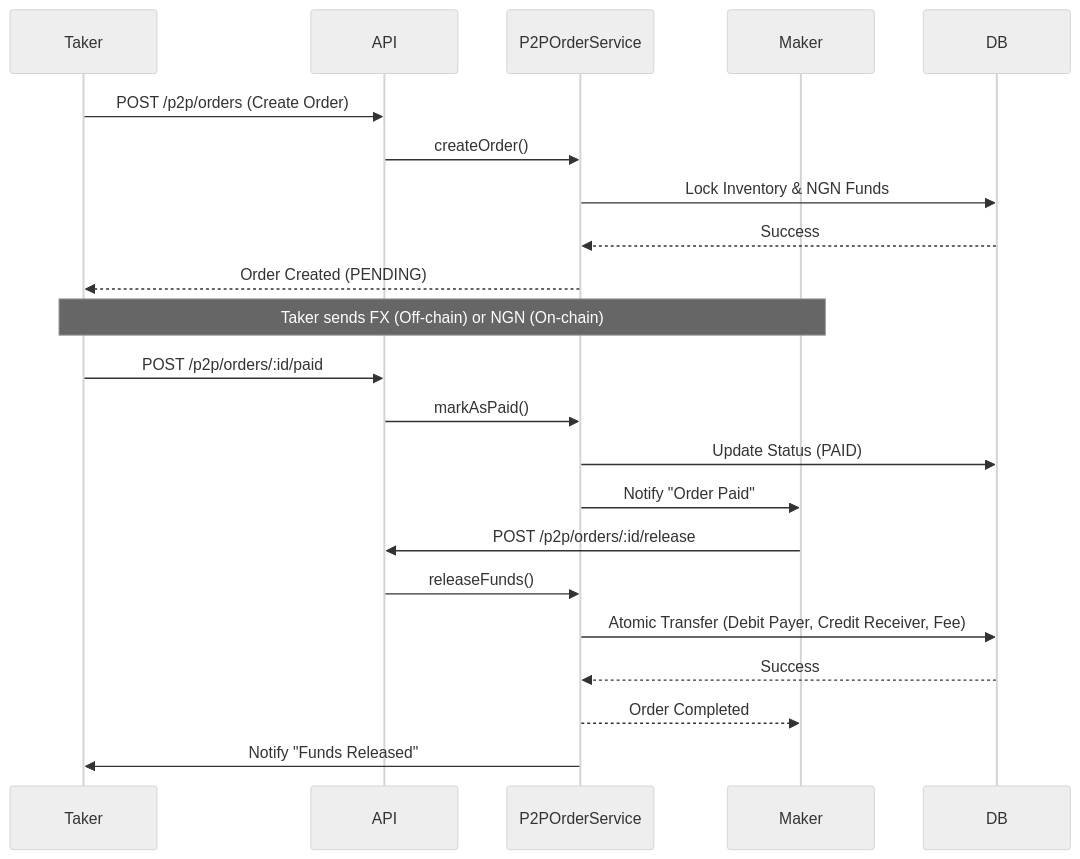
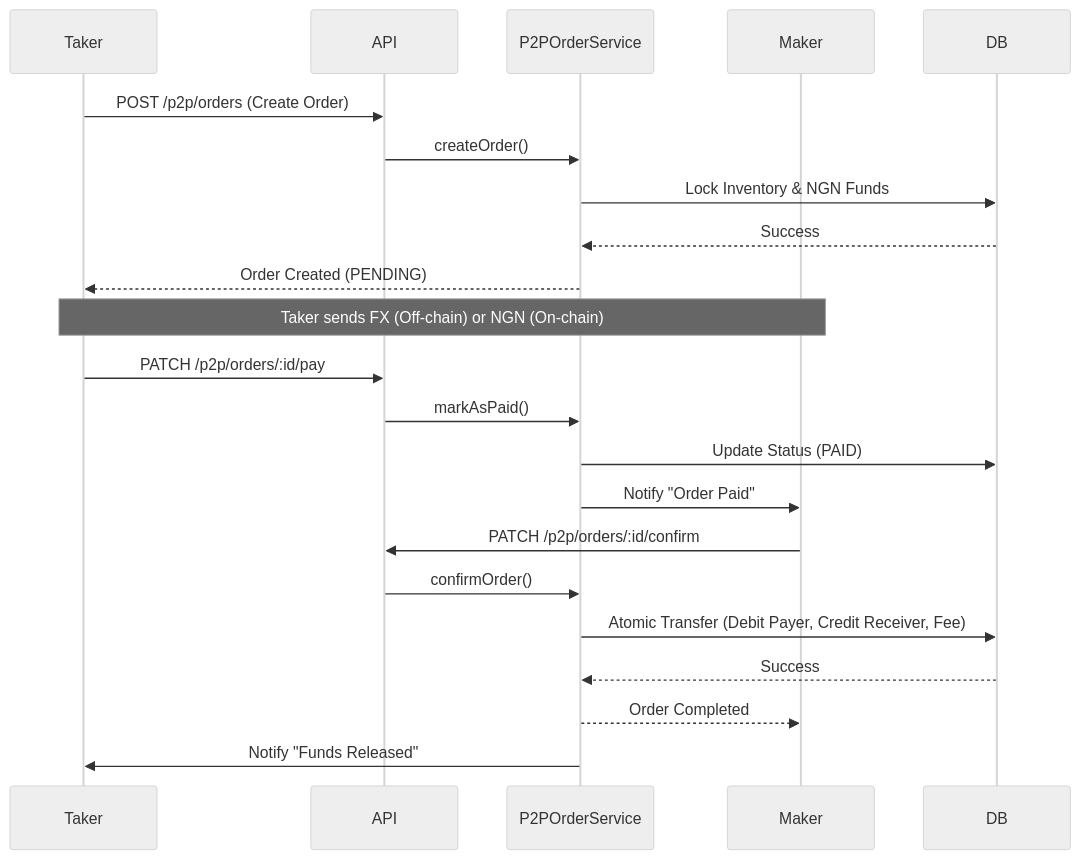
One commit to codepraycode/swaplink-server changed the diagram in docs/modules/p2p.md. Above: the diagram before and after it, drawn with Mermaid (neutral theme). The commit also changed other lines of this file, not shown here.

Commit message:
docs: Update P2P order and chat API endpoints, including method changes and new functionalities, and remove the dispute flow section.

````diff
--- a/docs/modules/p2p.md
+++ b/docs/modules/p2p.md
@@ -33,28 +33,28 @@
 ```mermaid
 sequenceDiagram
     participant Taker
     participant API
     participant P2POrderService
     participant Maker
     participant DB
 
     Taker->>API: POST /p2p/orders (Create Order)
     API->>P2POrderService: createOrder()
     P2POrderService->>DB: Lock Inventory & NGN Funds
     DB-->>P2POrderService: Success
     P2POrderService-->>Taker: Order Created (PENDING)
 
     Note over Taker, Maker: Taker sends FX (Off-chain) or NGN (On-chain)
 
-    Taker->>API: POST /p2p/orders/:id/paid
+    Taker->>API: PATCH /p2p/orders/:id/pay
     API->>P2POrderService: markAsPaid()
     P2POrderService->>DB: Update Status (PAID)
     P2POrderService->>Maker: Notify "Order Paid"
 
-    Maker->>API: POST /p2p/orders/:id/release
-    API->>P2POrderService: releaseFunds()
+    Maker->>API: PATCH /p2p/orders/:id/confirm
+    API->>P2POrderService: confirmOrder()
     P2POrderService->>DB: Atomic Transfer (Debit Payer, Credit Receiver, Fee)
     DB-->>P2POrderService: Success
     P2POrderService-->>Maker: Order Completed
     P2POrderService->>Taker: Notify "Funds Released"
 ```
````
